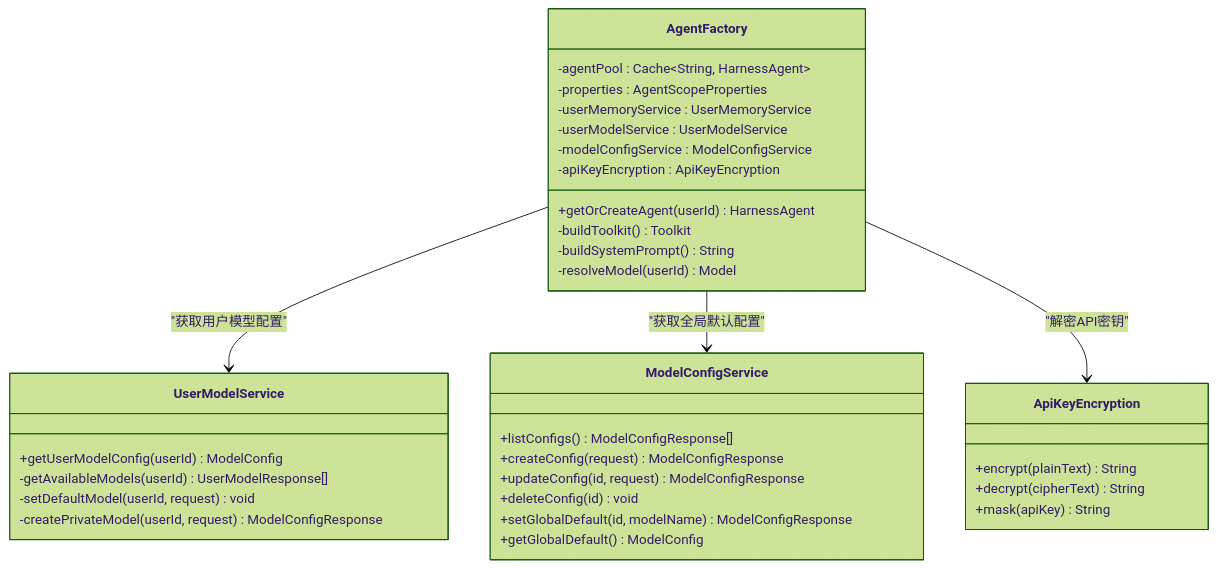
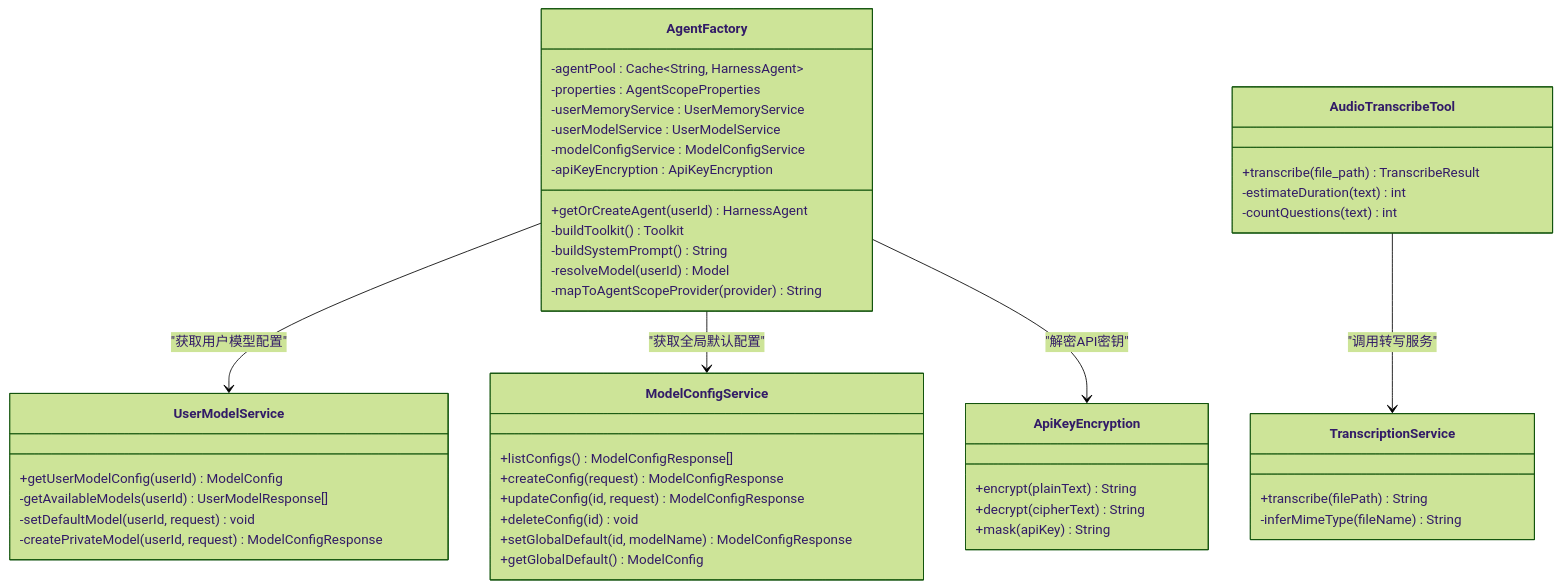
Before and after one commit to Miss-zhi/OfferPilot: the first of 7 diagrams in .qoder/repowiki/zh/content/Spring Boot 集成架构.md, drawn with Mermaid (forest theme). The commit also changed other lines of this file and 115 other files, not shown here.

````diff
--- a/.qoder/repowiki/zh/content/Spring Boot 集成架构.md
+++ b/.qoder/repowiki/zh/content/Spring Boot 集成架构.md
@@ -50,37 +52,48 @@
 ```mermaid
 classDiagram
 class AgentFactory {
 +getOrCreateAgent(userId) HarnessAgent
 -buildToolkit() Toolkit
 -buildSystemPrompt() String
 -resolveModel(userId) Model
+-mapToAgentScopeProvider(provider) String
 -agentPool : Cache~String, HarnessAgent~
 -properties : AgentScopeProperties
 -userMemoryService : UserMemoryService
 -userModelService : UserModelService
 -modelConfigService : ModelConfigService
 -apiKeyEncryption : ApiKeyEncryption
 }
 class UserModelService {
 +getUserModelConfig(userId) ModelConfig
 -getAvailableModels(userId) UserModelResponse[]
 -setDefaultModel(userId, request) void
 -createPrivateModel(userId, request) ModelConfigResponse
 }
 class ModelConfigService {
 +listConfigs() ModelConfigResponse[]
 +createConfig(request) ModelConfigResponse
 +updateConfig(id, request) ModelConfigResponse
 +deleteConfig(id) void
 +setGlobalDefault(id, modelName) ModelConfigResponse
 +getGlobalDefault() ModelConfig
 }
 class ApiKeyEncryption {
 +encrypt(plainText) String
 +decrypt(cipherText) String
 +mask(apiKey) String
 }
+class TranscriptionService {
++transcribe(filePath) String
+-inferMimeType(fileName) String
+}
+class AudioTranscribeTool {
++transcribe(file_path) TranscribeResult
+-estimateDuration(text) int
+-countQuestions(text) int
+}
 AgentFactory --> UserModelService : "获取用户模型配置"
 AgentFactory --> ModelConfigService : "获取全局默认配置"
 AgentFactory --> ApiKeyEncryption : "解密API密钥"
+AudioTranscribeTool --> TranscriptionService : "调用转写服务"
 ```
````
